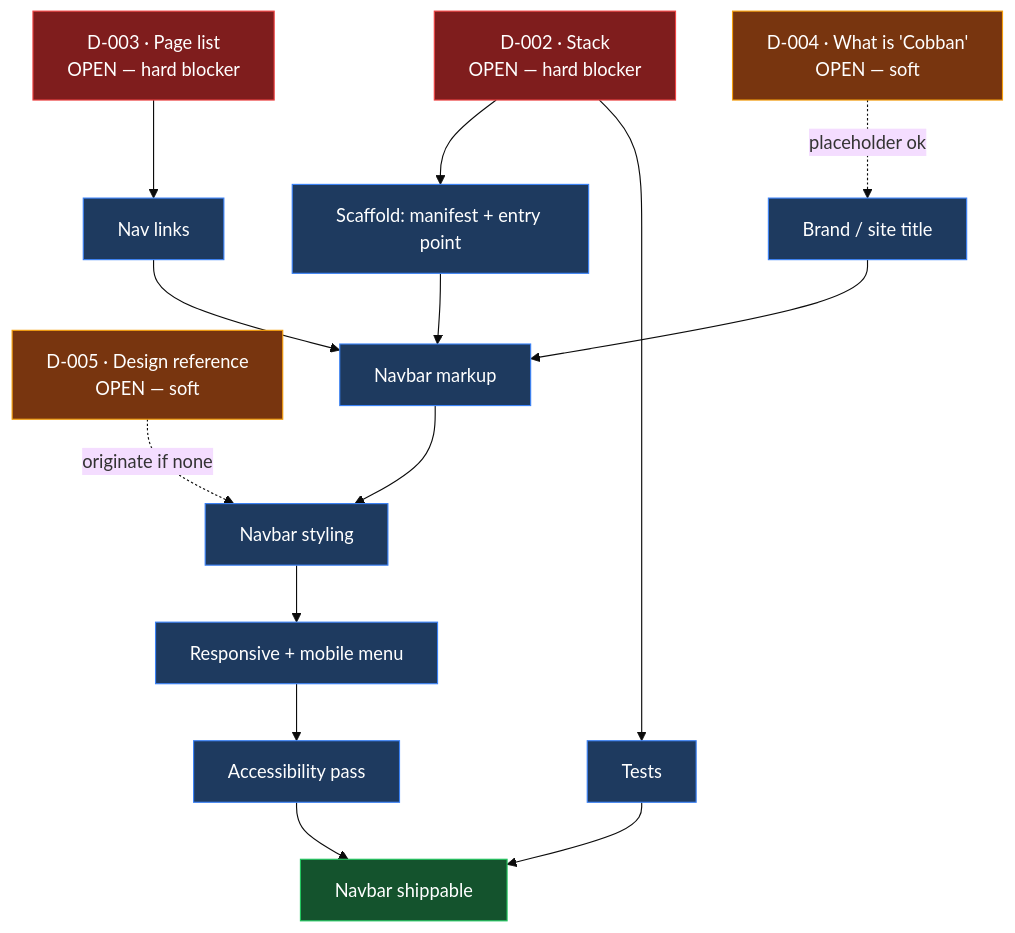
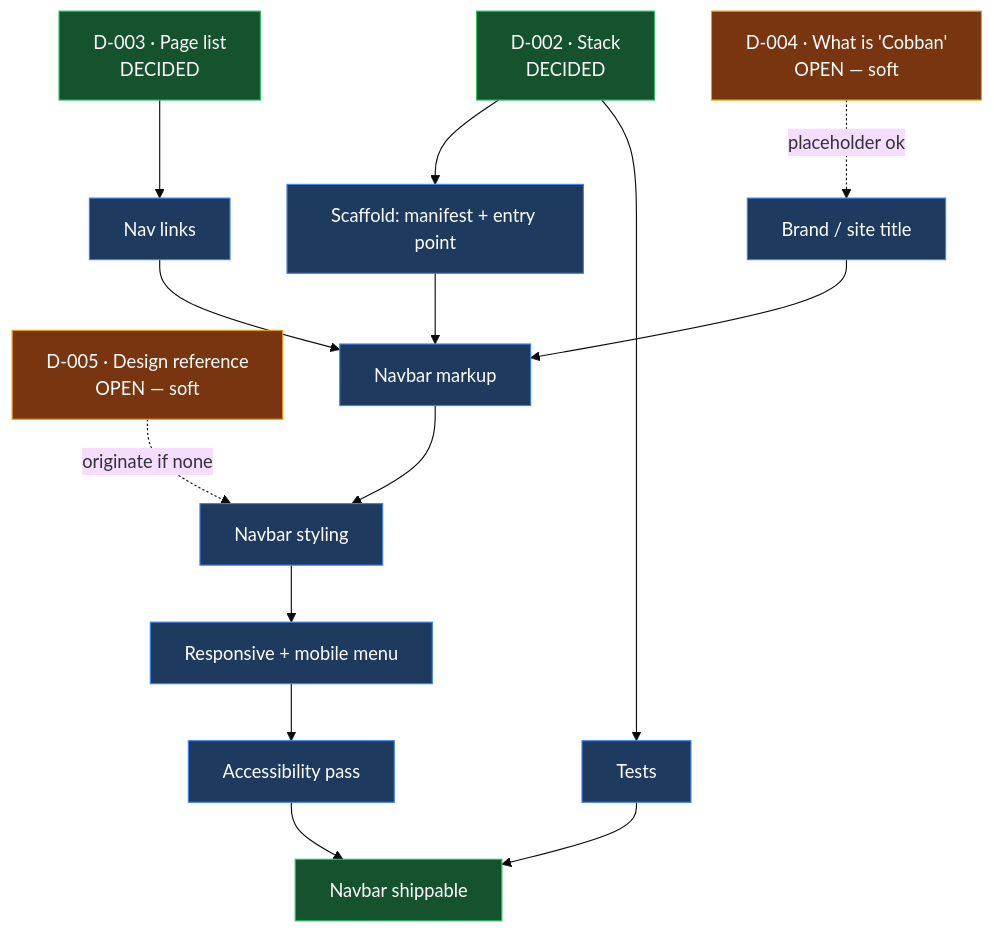
The diagram in STATUS.md (andersenbetul-alt/BETA-ART), drawn with Mermaid (base theme) before and after one commit. The commit also changed other lines of this file and 4 other files, not shown here.

````diff
--- a/STATUS.md
+++ b/STATUS.md
@@ -59,33 +69,33 @@
 ```mermaid
 graph TD
-    D002["D-002 · Stack<br/>OPEN — hard blocker"]
-    D003["D-003 · Page list<br/>OPEN — hard blocker"]
+    D002["D-002 · Stack<br/>DECIDED"]
+    D003["D-003 · Page list<br/>DECIDED"]
     D004["D-004 · What is 'Cobban'<br/>OPEN — soft"]
     D005["D-005 · Design reference<br/>OPEN — soft"]
 
     SCAFFOLD["Scaffold: manifest + entry point"]
     MARKUP["Navbar markup"]
     LINKS["Nav links"]
     BRAND["Brand / site title"]
     STYLE["Navbar styling"]
     RESP["Responsive + mobile menu"]
     A11Y["Accessibility pass"]
     TESTS["Tests"]
     DONE["Navbar shippable"]
 
     D002 --> SCAFFOLD --> MARKUP
     D003 --> LINKS --> MARKUP
     D004 -.placeholder ok.-> BRAND --> MARKUP
     D005 -.originate if none.-> STYLE
     MARKUP --> STYLE --> RESP --> A11Y --> DONE
     D002 --> TESTS --> DONE
 
-    classDef blocker fill:#7f1d1d,stroke:#ef4444,color:#fff
+    classDef blocker fill:#14532d,stroke:#22c55e,color:#fff
     classDef soft fill:#78350f,stroke:#f59e0b,color:#fff
     classDef work fill:#1e3a5f,stroke:#3b82f6,color:#fff
     classDef goal fill:#14532d,stroke:#22c55e,color:#fff
     class D002,D003 blocker
     class D004,D005 soft
     class SCAFFOLD,MARKUP,LINKS,BRAND,STYLE,RESP,A11Y,TESTS work
     class DONE goal
 ```
````
